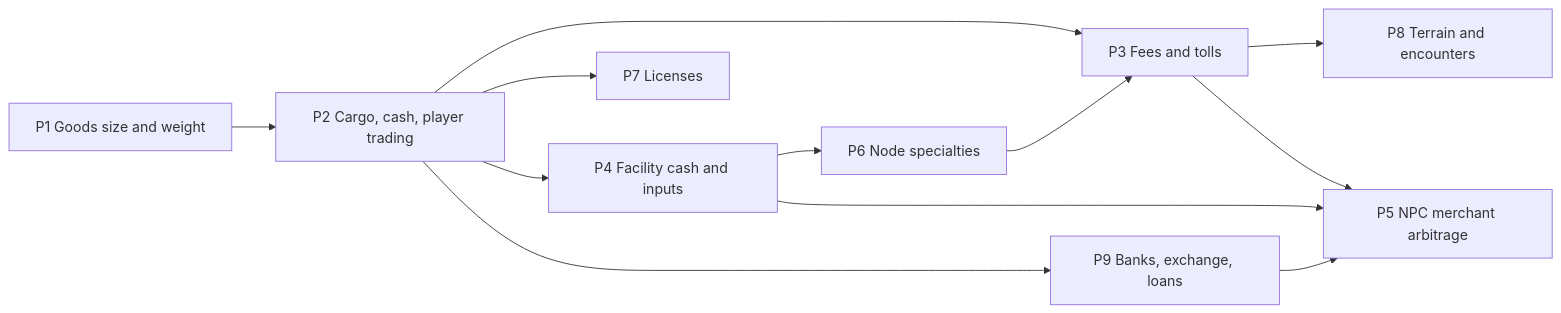
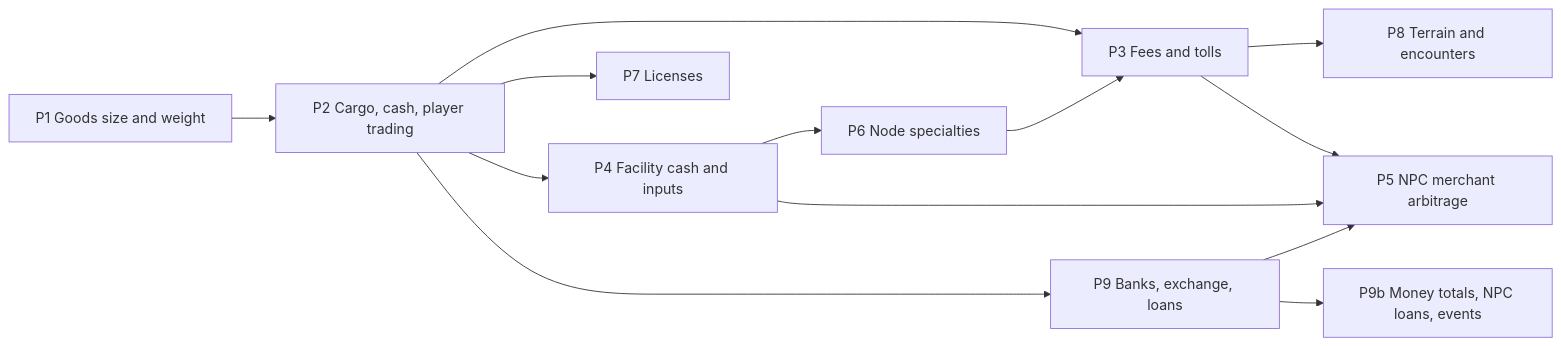
Before and after one commit to Semel-0421/Fantasy-Economic-Simulator: the diagram in Docs/GDD/04_Roadmap.md, drawn with Mermaid. The commit also changed other lines of this file and 18 other files, not shown here.

````diff
--- a/Docs/GDD/04_Roadmap.md
+++ b/Docs/GDD/04_Roadmap.md
@@ -14,14 +14,15 @@
 ```mermaid
 flowchart LR
     P1[P1 Goods size and weight] --> P2[P2 Cargo, cash, player trading]
     P2 --> P3[P3 Fees and tolls]
     P2 --> P4[P4 Facility cash and inputs]
     P2 --> P7[P7 Licenses]
     P2 --> P9[P9 Banks, exchange, loans]
     P4 --> P6[P6 Node specialties]
     P6 --> P3
     P3 --> P8[P8 Terrain and encounters]
     P3 --> P5[P5 NPC merchant arbitrage]
     P4 --> P5
     P9 --> P5
+    P9 --> P9b[P9b Money totals, NPC loans, events]
 ```
````
